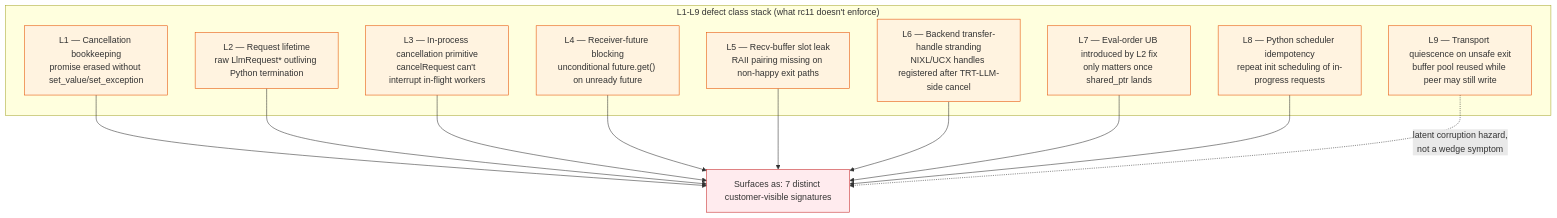
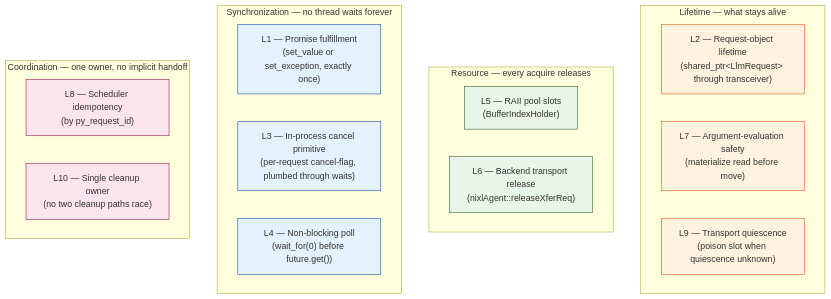
One commit to chienchunhung/TensorRT-LLM changed the first of 6 diagrams in docs/investigations/nvbug-6104831-disagg-permanent-wedge/09-executive-summary-rc11-to-rc13.md. Above: the diagram before and after it, drawn with Mermaid. The commit also changed other lines of this file, not shown here.

First line of the commit message:
[https://nvbugs/6104831][docs] Make exec summary self-contained; add cancellation/cleanup invariants

````diff
--- a/docs/investigations/nvbug-6104831-disagg-permanent-wedge/09-executive-summary-rc11-to-rc13.md
+++ b/docs/investigations/nvbug-6104831-disagg-permanent-wedge/09-executive-summary-rc11-to-rc13.md
@@ -61,29 +114,30 @@
 ```mermaid
 graph TB
-    subgraph "L1-L9 defect class stack (what rc11 doesn't enforce)"
-        L1["L1 — Cancellation bookkeeping<br/>promise erased without set_value/set_exception"]
-        L2["L2 — Request lifetime<br/>raw LlmRequest* outliving Python termination"]
-        L3["L3 — In-process cancellation primitive<br/>cancelRequest can't interrupt in-flight workers"]
-        L4["L4 — Receiver-future blocking<br/>unconditional future.get() on unready future"]
-        L5["L5 — Recv-buffer slot leak<br/>RAII pairing missing on non-happy exit paths"]
-        L6["L6 — Backend transfer-handle stranding<br/>NIXL/UCX handles registered after TRT-LLM-side cancel"]
-        L7["L7 — Eval-order UB introduced by L2 fix<br/>only matters once shared_ptr lands"]
-        L8["L8 — Python scheduler idempotency<br/>repeat init scheduling of in-progress requests"]
-        L9["L9 — Transport quiescence on unsafe exit<br/>buffer pool reused while peer may still write"]
+    subgraph "Lifetime — what stays alive"
+        L2["L2 — Request-object lifetime<br/>(shared_ptr&lt;LlmRequest&gt; through transceiver)"]
+        L7["L7 — Argument-evaluation safety<br/>(materialize read before move)"]
+        L9["L9 — Transport quiescence<br/>(poison slot when quiescence unknown)"]
+    end
+    subgraph "Resource — every acquire releases"
+        L5["L5 — RAII pool slots<br/>(BufferIndexHolder)"]
+        L6["L6 — Backend transport release<br/>(nixlAgent::releaseXferReq)"]
+    end
+    subgraph "Synchronization — no thread waits forever"
+        L1["L1 — Promise fulfillment<br/>(set_value or set_exception, exactly once)"]
+        L3["L3 — In-process cancel primitive<br/>(per-request cancel-flag, plumbed through waits)"]
+        L4["L4 — Non-blocking poll<br/>(wait_for(0) before future.get())"]
+    end
+    subgraph "Coordination — one owner, no implicit handoff"
+        L8["L8 — Scheduler idempotency<br/>(by py_request_id)"]
+        L10["L10 — Single cleanup owner<br/>(no two cleanup paths race)"]
     end
 
-    L1 --> SIGS["Surfaces as: 7 distinct customer-visible signatures"]
-    L2 --> SIGS
-    L3 --> SIGS
-    L4 --> SIGS
-    L5 --> SIGS
-    L6 --> SIGS
-    L7 --> SIGS
-    L8 --> SIGS
-    L9 -.->|"latent corruption hazard,<br/>not a wedge symptom"| SIGS
-
-    classDef layer fill:#fff3e0,stroke:#e65100
-    classDef sig fill:#ffebee,stroke:#c62828
-    class L1,L2,L3,L4,L5,L6,L7,L8,L9 layer
-    class SIGS sig
+    classDef lifetime fill:#fff3e0,stroke:#e65100
+    classDef resource fill:#e8f5e9,stroke:#1b5e20
+    classDef sync fill:#e3f2fd,stroke:#0d47a1
+    classDef coord fill:#fce4ec,stroke:#880e4f
+    class L2,L7,L9 lifetime
+    class L5,L6 resource
+    class L1,L3,L4 sync
+    class L8,L10 coord
 ```
````
